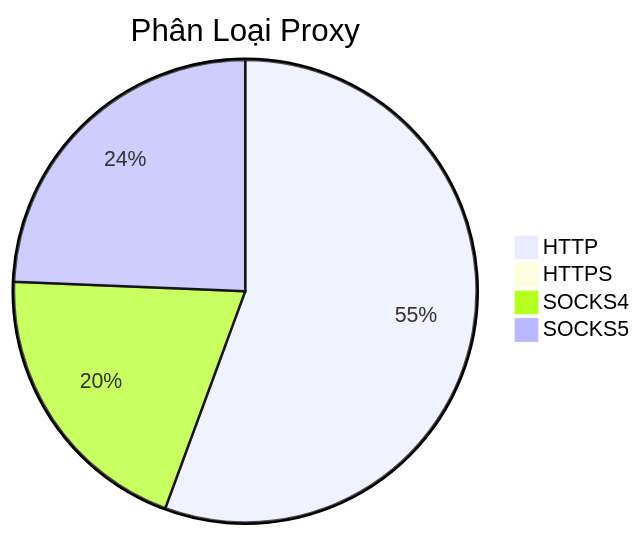
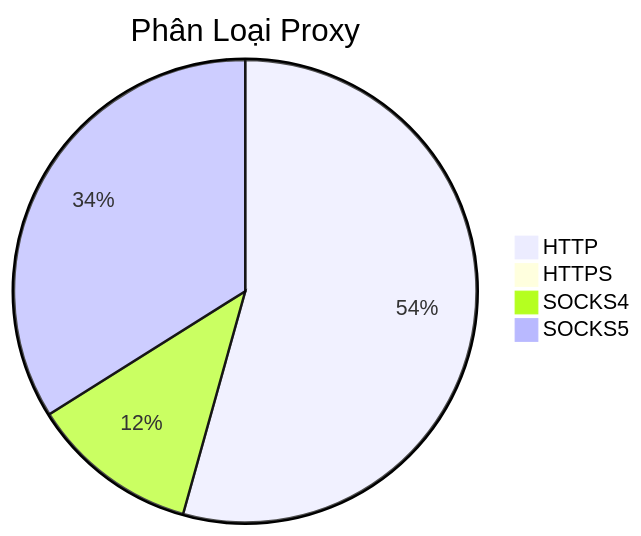
Before and after one commit to Ciara-Aa/PROXY-free: the diagram in README.md, drawn with Mermaid. The commit also changed other lines of this file and 4 other files, not shown here.

````diff
--- a/README.md
+++ b/README.md
@@ -26,7 +26,7 @@
 ```mermaid
 pie title Phân Loại Proxy
-    "HTTP" : 297
-    "HTTPS" : 3
-    "SOCKS4" : 107
-    "SOCKS5" : 130
+    "HTTP" : 370
+    "HTTPS" : 4
+    "SOCKS4" : 80
+    "SOCKS5" : 231
 ```
````
